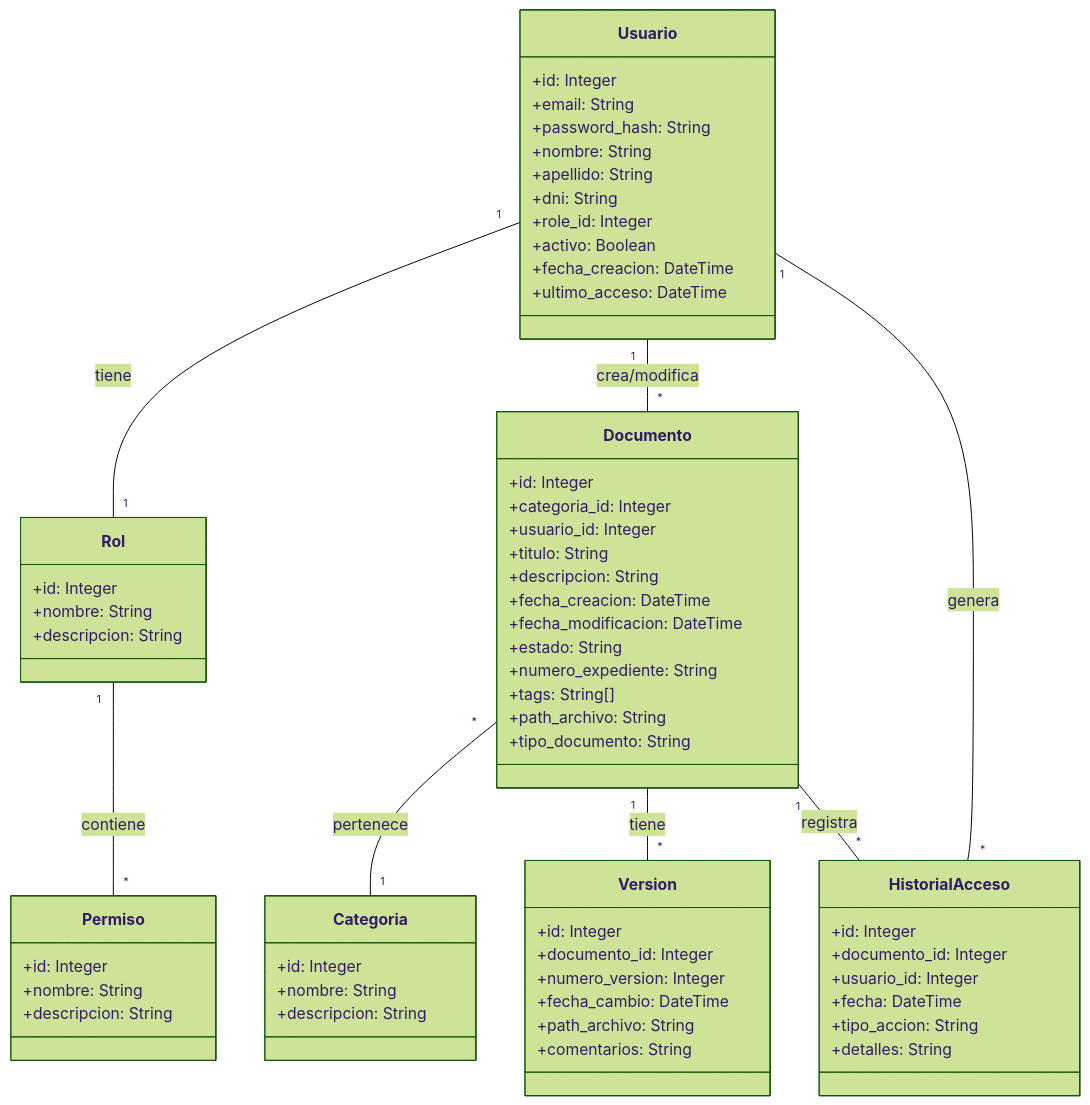
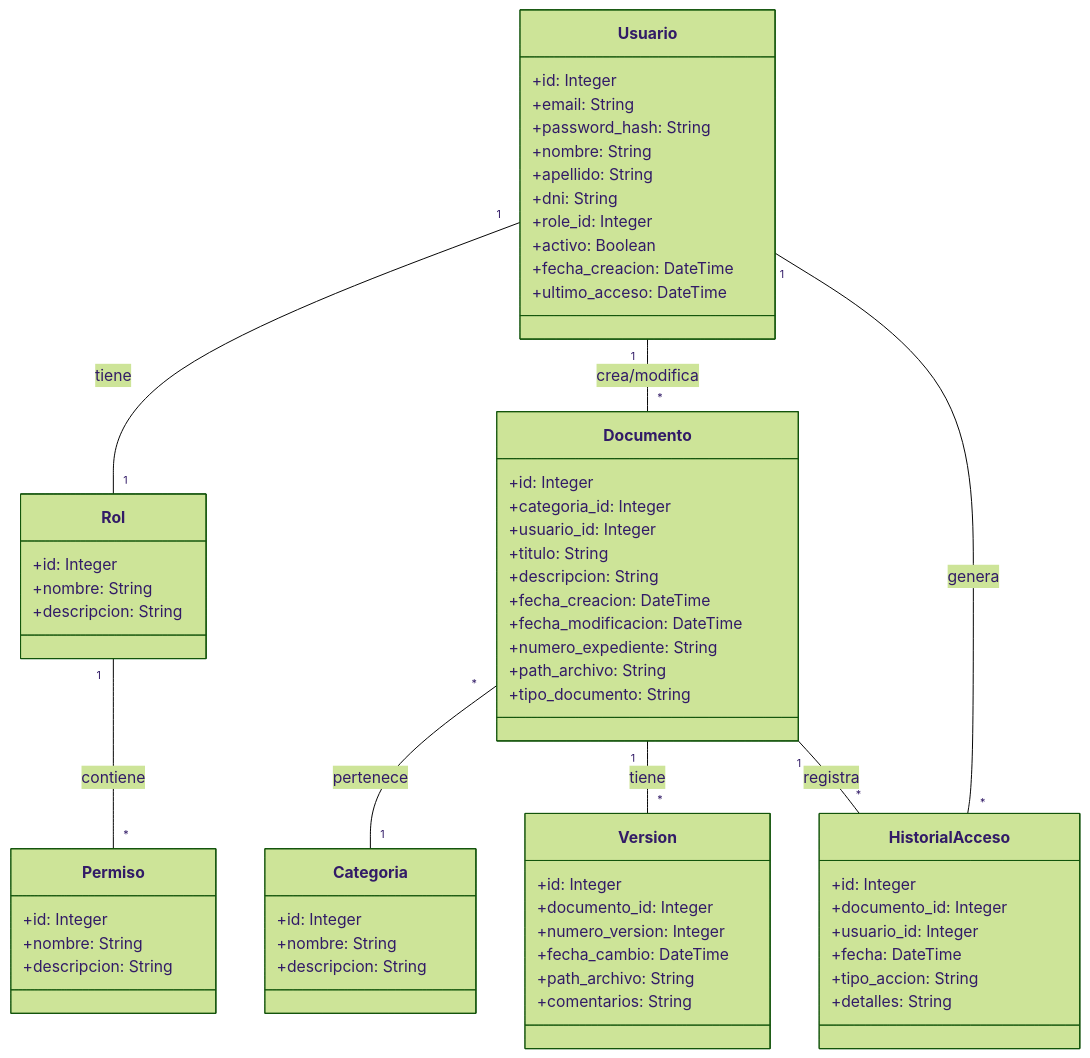
The diagram in docs/BaseDeDatos/diagrama_clases.md (TomasSilvetti/HCDSys), drawn with Mermaid (forest theme) before and after one commit. The commit also changed 14 other files, not shown here.

````diff
--- a/docs/BaseDeDatos/diagrama_clases.md
+++ b/docs/BaseDeDatos/diagrama_clases.md
@@ -3,74 +3,72 @@
 ```mermaid
 classDiagram
     class Usuario {
         +id: Integer
         +email: String
         +password_hash: String
         +nombre: String
         +apellido: String
         +dni: String
         +role_id: Integer
         +activo: Boolean
         +fecha_creacion: DateTime
         +ultimo_acceso: DateTime
     }
 
     class Rol {
         +id: Integer
         +nombre: String
         +descripcion: String
     }
 
     class Permiso {
         +id: Integer
         +nombre: String
         +descripcion: String
     }
 
     class Documento {
         +id: Integer
         +categoria_id: Integer
         +usuario_id: Integer
         +titulo: String
         +descripcion: String
         +fecha_creacion: DateTime
         +fecha_modificacion: DateTime
-        +estado: String
         +numero_expediente: String
-        +tags: String[]
         +path_archivo: String
         +tipo_documento: String
     }
 
     class Categoria {
         +id: Integer
         +nombre: String
         +descripcion: String
     }
 
     class HistorialAcceso {
         +id: Integer
         +documento_id: Integer
         +usuario_id: Integer
         +fecha: DateTime
         +tipo_accion: String
         +detalles: String
     }
 
     class Version {
         +id: Integer
         +documento_id: Integer
         +numero_version: Integer
         +fecha_cambio: DateTime
         +path_archivo: String
         +comentarios: String
     }
 
     Usuario "1" -- "1" Rol : tiene
     Rol "1" -- "*" Permiso : contiene
     Usuario "1" -- "*" Documento : crea/modifica
     Documento "*" -- "1" Categoria : pertenece
     Documento "1" -- "*" Version : tiene
     Usuario "1" -- "*" HistorialAcceso : genera
     Documento "1" -- "*" HistorialAcceso : registra
 ```
````
